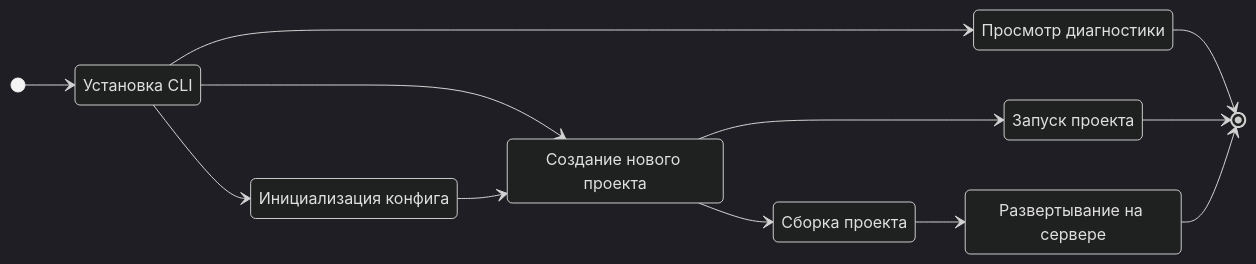
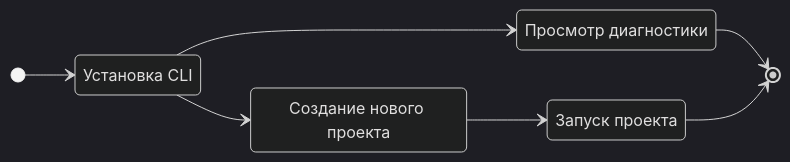
The diagram in docs/ru/getting-started.md (gowebly/docs), drawn with Mermaid (dark theme) before and after one commit. The commit also changed 17 other files, not shown here.

````diff
--- a/docs/ru/getting-started.md
+++ b/docs/ru/getting-started.md
@@ -18,22 +18,14 @@
 ```mermaid
 stateDiagram-v2
     direction LR
         Install: Установка CLI
-        Init: Инициализация конфига
         Doctor: Просмотр диагностики
         Create: Создание нового проекта
         Run: Запуск проекта
-        Build: Сборка проекта
-        Deploy: Развертывание на сервере
         [*] --> Install
-        Install --> Init
         Install --> Create
         Install --> Doctor
         Doctor --> [*]
-        Init --> Create
         Create --> Run
         Run --> [*]
-        Create --> Build
-        Build --> Deploy
-        Deploy --> [*]
 ```
````
